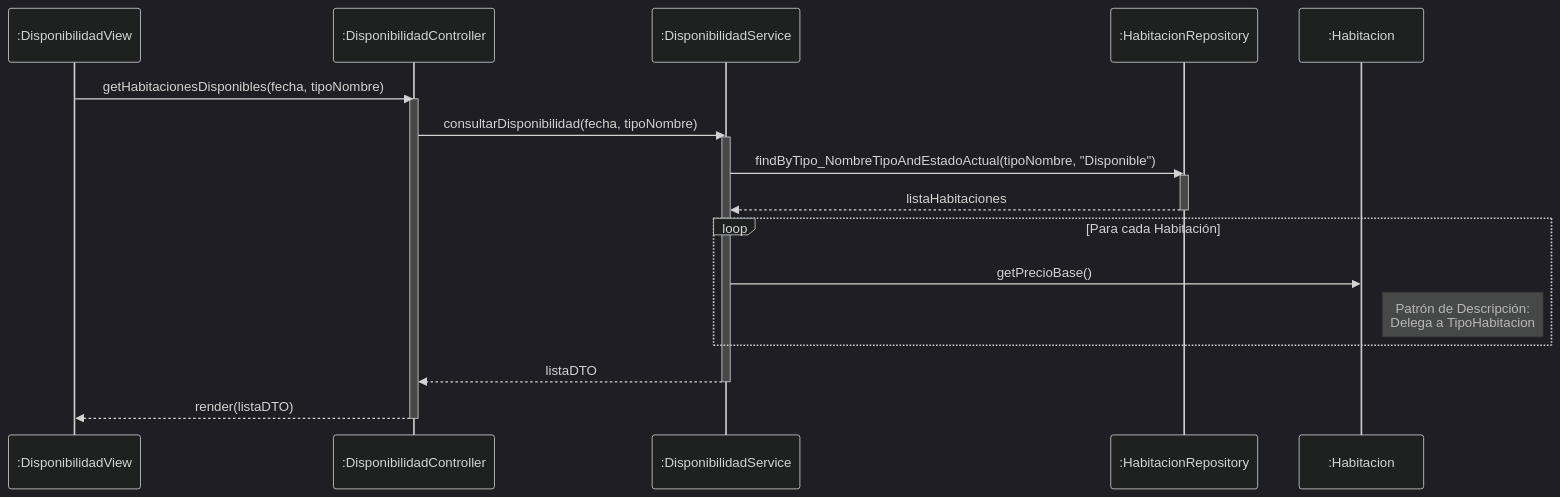
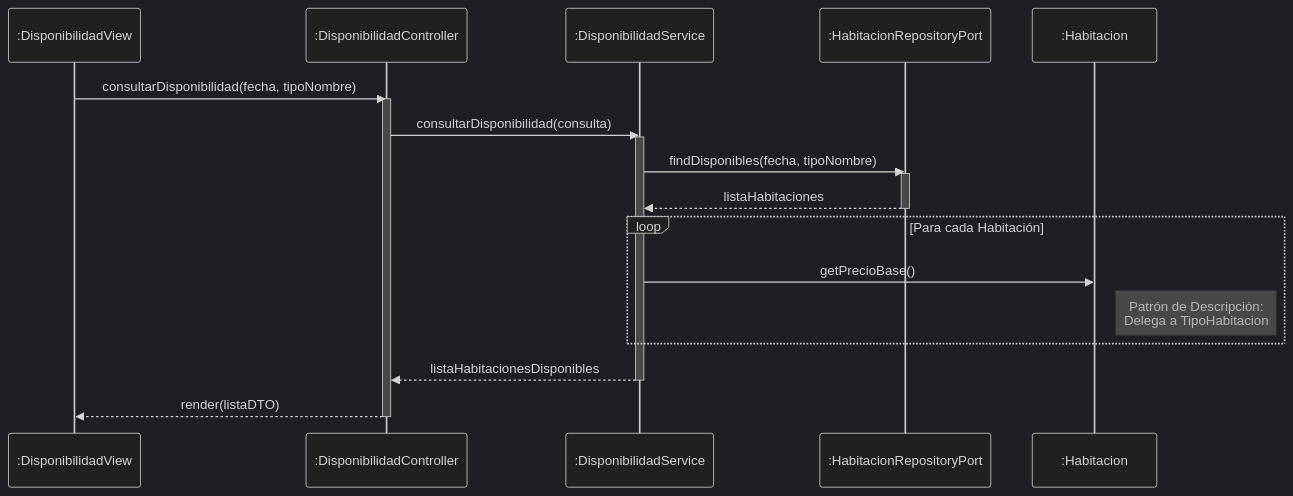
Before and after one commit to Tsmrain/GestionSistemas: the diagram in 03_Diseño/CU-01-Consultar-Disponibilidad/CU-01_Secuencia.mmd, drawn with Mermaid (dark theme). The commit also changed 55 other files, not shown here.

Commit message:
Refactor reservas flow for layered architecture

```diff
--- a/03_Diseño/CU-01-Consultar-Disponibilidad/CU-01_Secuencia.mmd
+++ b/03_Diseño/CU-01-Consultar-Disponibilidad/CU-01_Secuencia.mmd
@@ -1,26 +1,26 @@
 sequenceDiagram
     participant UI as :DisponibilidadView
     participant Ctrl as :DisponibilidadController
     participant Serv as :DisponibilidadService
-    participant Repo as :HabitacionRepository
+    participant Repo as :HabitacionRepositoryPort
     participant Hab as :Habitacion
 
-    UI->>Ctrl: getHabitacionesDisponibles(fecha, tipoNombre)
+    UI->>Ctrl: consultarDisponibilidad(fecha, tipoNombre)
     activate Ctrl
-    Ctrl->>Serv: consultarDisponibilidad(fecha, tipoNombre)
+    Ctrl->>Serv: consultarDisponibilidad(consulta)
     activate Serv
-    
-    Serv->>Repo: findByTipo_NombreTipoAndEstadoActual(tipoNombre, "Disponible")
+
+    Serv->>Repo: findDisponibles(fecha, tipoNombre)
     activate Repo
     Repo-->>Serv: listaHabitaciones
     deactivate Repo
 
     loop Para cada Habitación
         Serv->>Hab: getPrecioBase()
         Note right of Hab: Patrón de Descripción: <br/>Delega a TipoHabitacion
     end
 
-    Serv-->>Ctrl: listaDTO
+    Serv-->>Ctrl: listaHabitacionesDisponibles
     deactivate Serv
     Ctrl-->>UI: render(listaDTO)
     deactivate Ctrl
```
